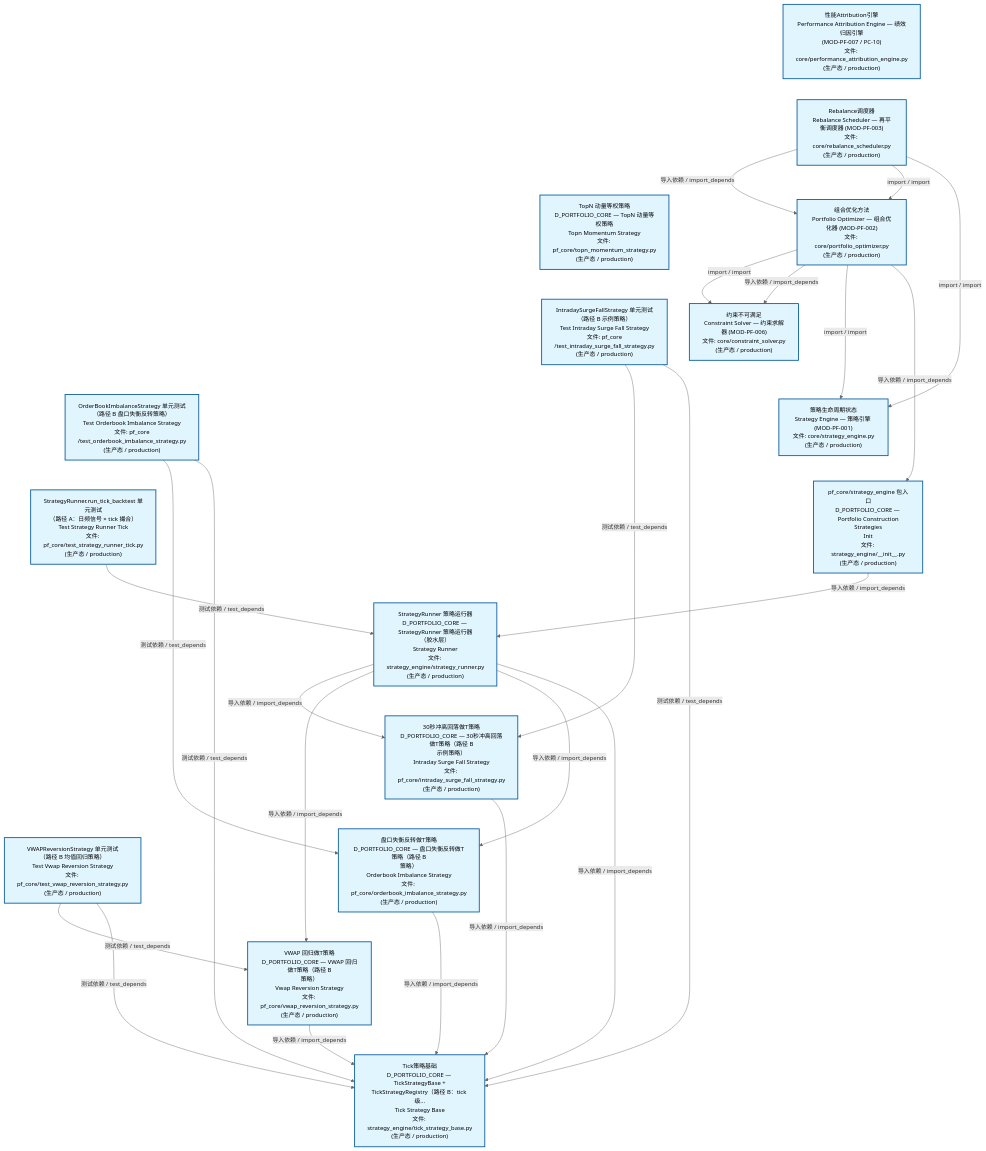
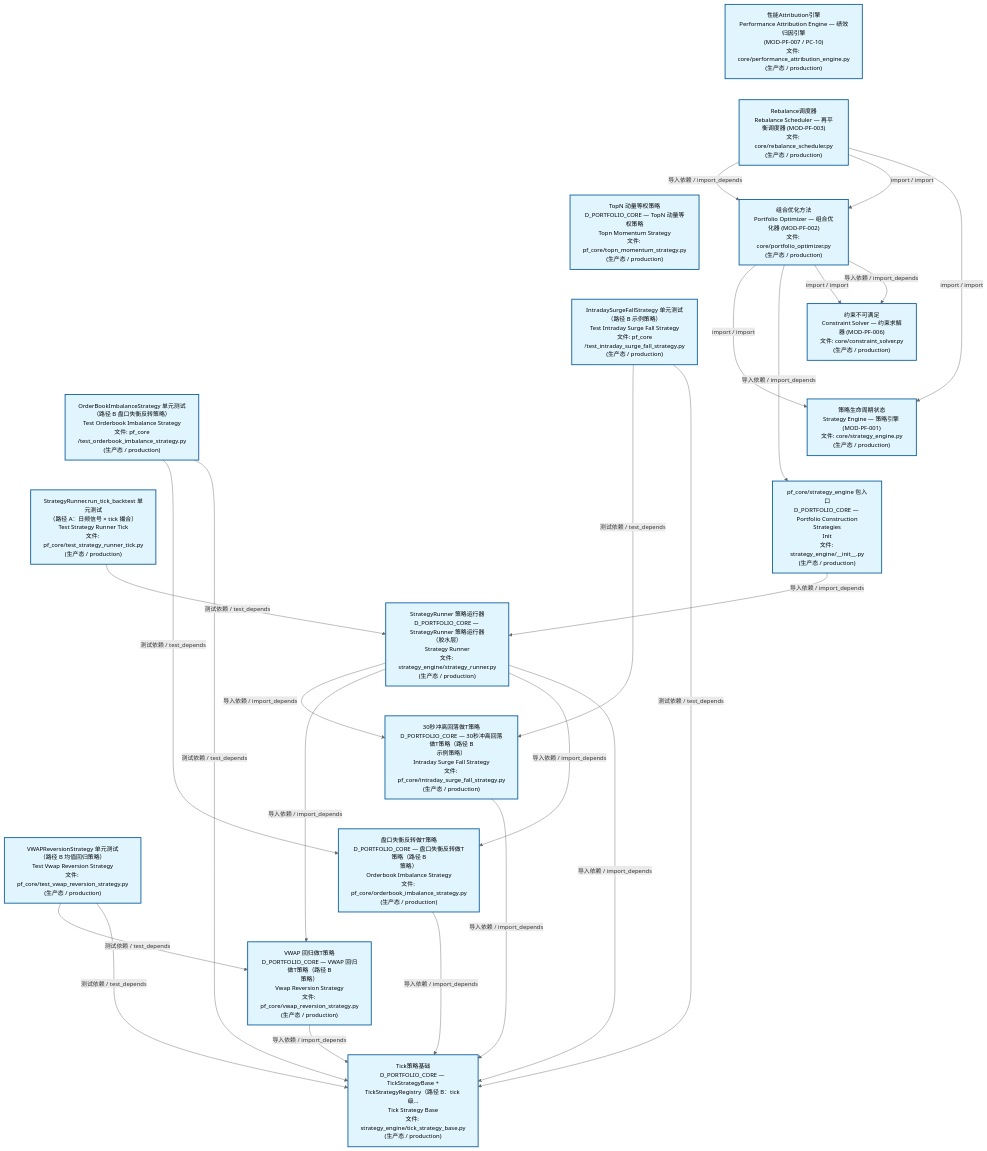
The second of 3 diagrams in docs/02_enterprise_architecture/02_domain_architecture_docs/63_d_pf_core.md (xuanFelixVan/ZephyrAlpha), drawn with Mermaid before and after one commit. The commit also changed other lines of this file and 60 other files, not shown here.

````diff
--- a/docs/02_enterprise_architecture/02_domain_architecture_docs/63_d_pf_core.md
+++ b/docs/02_enterprise_architecture/02_domain_architecture_docs/63_d_pf_core.md
@@ -140,57 +140,57 @@
 ```mermaid
 %%{init: {'theme': 'base', 'themeVariables': {'primaryColor': '#eaeaea', 'primaryTextColor': '#333333', 'primaryBorderColor': '#666666', 'lineColor': '#666666', 'secondaryColor': '#eaeaea', 'tertiaryColor': '#eaeaea', 'fontSize': '14px'}}}%%
 flowchart TD
     src_zephyr_pf_core_core_performance_attribution_engine_py["性能Attribution引擎<br/>Performance Attribution Engine — 绩效归因引擎<br/>(MOD-PF-007 / PC-10)<br/>文件: core/performance_attribution_engine.py<br/>(生产态 / production)"]
     src_zephyr_pf_core_core_rebalance_scheduler_py["Rebalance调度器<br/>Rebalance Scheduler — 再平衡调度器 (MOD-PF-003)<br/>文件: core/rebalance_scheduler.py<br/>(生产态 / production)"]
     src_zephyr_pf_core_topn_momentum_strategy_py["TopN 动量等权策略<br/>D_PORTFOLIO_CORE — TopN 动量等权策略<br/>Topn Momentum Strategy<br/>文件: pf_core/topn_momentum_strategy.py<br/>(生产态 / production)"]
     tests_pf_core_test_intraday_surge_fall_strategy_py["IntradaySurgeFallStrategy 单元测试<br/>（路径 B 示例策略）<br/>Test Intraday Surge Fall Strategy<br/>文件: pf_core<br/>/test_intraday_surge_fall_strategy.py<br/>(生产态 / production)"]
     tests_pf_core_test_orderbook_imbalance_strategy_py["OrderBookImbalanceStrategy 单元测试<br/>（路径 B 盘口失衡反转策略）<br/>Test Orderbook Imbalance Strategy<br/>文件: pf_core<br/>/test_orderbook_imbalance_strategy.py<br/>(生产态 / production)"]
     tests_pf_core_test_strategy_runner_tick_py["StrategyRunner.run_tick_backtest 单元测试<br/>（路径 A：日频信号 × tick 撮合）<br/>Test Strategy Runner Tick<br/>文件: pf_core/test_strategy_runner_tick.py<br/>(生产态 / production)"]
     tests_pf_core_test_vwap_reversion_strategy_py["VWAPReversionStrategy 单元测试<br/>（路径 B 均值回归策略）<br/>Test Vwap Reversion Strategy<br/>文件: pf_core/test_vwap_reversion_strategy.py<br/>(生产态 / production)"]
     src_zephyr_pf_core_core_performance_attribution_engine_py ~~~ src_zephyr_pf_core_core_rebalance_scheduler_py
     src_zephyr_pf_core_core_rebalance_scheduler_py ~~~ src_zephyr_pf_core_topn_momentum_strategy_py
     src_zephyr_pf_core_topn_momentum_strategy_py ~~~ tests_pf_core_test_intraday_surge_fall_strategy_py
     tests_pf_core_test_intraday_surge_fall_strategy_py ~~~ tests_pf_core_test_orderbook_imbalance_strategy_py
     tests_pf_core_test_orderbook_imbalance_strategy_py ~~~ tests_pf_core_test_strategy_runner_tick_py
     tests_pf_core_test_strategy_runner_tick_py ~~~ tests_pf_core_test_vwap_reversion_strategy_py
     src_zephyr_pf_core_core_portfolio_optimizer_py["组合优化方法<br/>Portfolio Optimizer — 组合优化器 (MOD-PF-002)<br/>文件: core/portfolio_optimizer.py<br/>(生产态 / production)"]
     src_zephyr_pf_core_core_constraint_solver_py["约束不可满足<br/>Constraint Solver — 约束求解器 (MOD-PF-006)<br/>文件: core/constraint_solver.py<br/>(生产态 / production)"]
     src_zephyr_pf_core_core_strategy_engine_py["策略生命周期状态<br/>Strategy Engine — 策略引擎 (MOD-PF-001)<br/>文件: core/strategy_engine.py<br/>(生产态 / production)"]
     src_zephyr_pf_core_strategy_engine_init_py["pf_core/strategy_engine 包入口<br/>D_PORTFOLIO_CORE — Portfolio Construction<br/>Strategies<br/>Init<br/>文件: strategy_engine/__init__.py<br/>(生产态 / production)"]
     src_zephyr_pf_core_core_constraint_solver_py ~~~ src_zephyr_pf_core_core_strategy_engine_py
     src_zephyr_pf_core_core_strategy_engine_py ~~~ src_zephyr_pf_core_strategy_engine_init_py
     src_zephyr_pf_core_strategy_engine_strategy_runner_py["StrategyRunner 策略运行器<br/>D_PORTFOLIO_CORE — StrategyRunner 策略运行器<br/>（胶水层）<br/>Strategy Runner<br/>文件: strategy_engine/strategy_runner.py<br/>(生产态 / production)"]
     src_zephyr_pf_core_intraday_surge_fall_strategy_py["30秒冲高回落做T策略<br/>D_PORTFOLIO_CORE — 30秒冲高回落做T策略（路径 B<br/>示例策略）<br/>Intraday Surge Fall Strategy<br/>文件: pf_core/intraday_surge_fall_strategy.py<br/>(生产态 / production)"]
     src_zephyr_pf_core_orderbook_imbalance_strategy_py["盘口失衡反转做T策略<br/>D_PORTFOLIO_CORE — 盘口失衡反转做T策略（路径 B<br/>策略）<br/>Orderbook Imbalance Strategy<br/>文件: pf_core/orderbook_imbalance_strategy.py<br/>(生产态 / production)"]
     src_zephyr_pf_core_vwap_reversion_strategy_py["VWAP 回归做T策略<br/>D_PORTFOLIO_CORE — VWAP 回归做T策略（路径 B<br/>策略）<br/>Vwap Reversion Strategy<br/>文件: pf_core/vwap_reversion_strategy.py<br/>(生产态 / production)"]
     src_zephyr_pf_core_intraday_surge_fall_strategy_py ~~~ src_zephyr_pf_core_orderbook_imbalance_strategy_py
     src_zephyr_pf_core_orderbook_imbalance_strategy_py ~~~ src_zephyr_pf_core_vwap_reversion_strategy_py
     src_zephyr_pf_core_strategy_engine_tick_strategy_base_py["Tick策略基础<br/>D_PORTFOLIO_CORE — TickStrategyBase +<br/>TickStrategyRegistry（路径 B：tick 级...<br/>Tick Strategy Base<br/>文件: strategy_engine/tick_strategy_base.py<br/>(生产态 / production)"]
     src_zephyr_pf_core_intraday_surge_fall_strategy_py -->|导入依赖 / import_depends| src_zephyr_pf_core_strategy_engine_tick_strategy_base_py
     src_zephyr_pf_core_vwap_reversion_strategy_py -->|导入依赖 / import_depends| src_zephyr_pf_core_strategy_engine_tick_strategy_base_py
+    src_zephyr_pf_core_orderbook_imbalance_strategy_py -->|导入依赖 / import_depends| src_zephyr_pf_core_strategy_engine_tick_strategy_base_py
     src_zephyr_pf_core_core_rebalance_scheduler_py -->|导入依赖 / import_depends| src_zephyr_pf_core_core_portfolio_optimizer_py
     src_zephyr_pf_core_core_rebalance_scheduler_py -->|import / import| src_zephyr_pf_core_core_portfolio_optimizer_py
     src_zephyr_pf_core_core_rebalance_scheduler_py -->|import / import| src_zephyr_pf_core_core_strategy_engine_py
-    src_zephyr_pf_core_orderbook_imbalance_strategy_py -->|导入依赖 / import_depends| src_zephyr_pf_core_strategy_engine_tick_strategy_base_py
+    src_zephyr_pf_core_core_portfolio_optimizer_py -->|import / import| src_zephyr_pf_core_core_strategy_engine_py
+    src_zephyr_pf_core_core_portfolio_optimizer_py -->|导入依赖 / import_depends| src_zephyr_pf_core_strategy_engine_init_py
     src_zephyr_pf_core_core_portfolio_optimizer_py -->|import / import| src_zephyr_pf_core_core_constraint_solver_py
     src_zephyr_pf_core_core_portfolio_optimizer_py -->|导入依赖 / import_depends| src_zephyr_pf_core_core_constraint_solver_py
-    src_zephyr_pf_core_core_portfolio_optimizer_py -->|import / import| src_zephyr_pf_core_core_strategy_engine_py
-    src_zephyr_pf_core_core_portfolio_optimizer_py -->|导入依赖 / import_depends| src_zephyr_pf_core_strategy_engine_init_py
     src_zephyr_pf_core_strategy_engine_strategy_runner_py -->|导入依赖 / import_depends| src_zephyr_pf_core_intraday_surge_fall_strategy_py
     src_zephyr_pf_core_strategy_engine_strategy_runner_py -->|导入依赖 / import_depends| src_zephyr_pf_core_vwap_reversion_strategy_py
     src_zephyr_pf_core_strategy_engine_strategy_runner_py -->|导入依赖 / import_depends| src_zephyr_pf_core_orderbook_imbalance_strategy_py
     src_zephyr_pf_core_strategy_engine_strategy_runner_py -->|导入依赖 / import_depends| src_zephyr_pf_core_strategy_engine_tick_strategy_base_py
     src_zephyr_pf_core_strategy_engine_init_py -->|导入依赖 / import_depends| src_zephyr_pf_core_strategy_engine_strategy_runner_py
+    tests_pf_core_test_orderbook_imbalance_strategy_py -->|测试依赖 / test_depends| src_zephyr_pf_core_orderbook_imbalance_strategy_py
+    tests_pf_core_test_orderbook_imbalance_strategy_py -->|测试依赖 / test_depends| src_zephyr_pf_core_strategy_engine_tick_strategy_base_py
     tests_pf_core_test_intraday_surge_fall_strategy_py -->|测试依赖 / test_depends| src_zephyr_pf_core_intraday_surge_fall_strategy_py
     tests_pf_core_test_intraday_surge_fall_strategy_py -->|测试依赖 / test_depends| src_zephyr_pf_core_strategy_engine_tick_strategy_base_py
-    tests_pf_core_test_orderbook_imbalance_strategy_py -->|测试依赖 / test_depends| src_zephyr_pf_core_orderbook_imbalance_strategy_py
-    tests_pf_core_test_orderbook_imbalance_strategy_py -->|测试依赖 / test_depends| src_zephyr_pf_core_strategy_engine_tick_strategy_base_py
     tests_pf_core_test_strategy_runner_tick_py -->|测试依赖 / test_depends| src_zephyr_pf_core_strategy_engine_strategy_runner_py
     tests_pf_core_test_vwap_reversion_strategy_py -->|测试依赖 / test_depends| src_zephyr_pf_core_vwap_reversion_strategy_py
     tests_pf_core_test_vwap_reversion_strategy_py -->|测试依赖 / test_depends| src_zephyr_pf_core_strategy_engine_tick_strategy_base_py
     classDef production fill:#e1f5fe,stroke:#01579b,stroke-width:2px,color:#000
     classDef design fill:#fff3e0,stroke:#e65100,stroke-width:2px,color:#000,stroke-dasharray: 5 5
     classDef external_prod fill:#e8f4fd,stroke:#0277bd,stroke-width:1px,color:#000
     classDef external_design fill:#fff8e7,stroke:#ef6c00,stroke-width:1px,color:#000,stroke-dasharray: 5 5
     class src_zephyr_pf_core_core_constraint_solver_py,src_zephyr_pf_core_core_performance_attribution_engine_py,src_zephyr_pf_core_core_portfolio_optimizer_py,src_zephyr_pf_core_core_rebalance_scheduler_py,src_zephyr_pf_core_core_strategy_engine_py,src_zephyr_pf_core_intraday_surge_fall_strategy_py,src_zephyr_pf_core_orderbook_imbalance_strategy_py,src_zephyr_pf_core_strategy_engine_init_py,src_zephyr_pf_core_strategy_engine_strategy_runner_py,src_zephyr_pf_core_strategy_engine_tick_strategy_base_py,src_zephyr_pf_core_topn_momentum_strategy_py,src_zephyr_pf_core_vwap_reversion_strategy_py,tests_pf_core_test_intraday_surge_fall_strategy_py,tests_pf_core_test_orderbook_imbalance_strategy_py,tests_pf_core_test_strategy_runner_tick_py,tests_pf_core_test_vwap_reversion_strategy_py production
 ```
````
